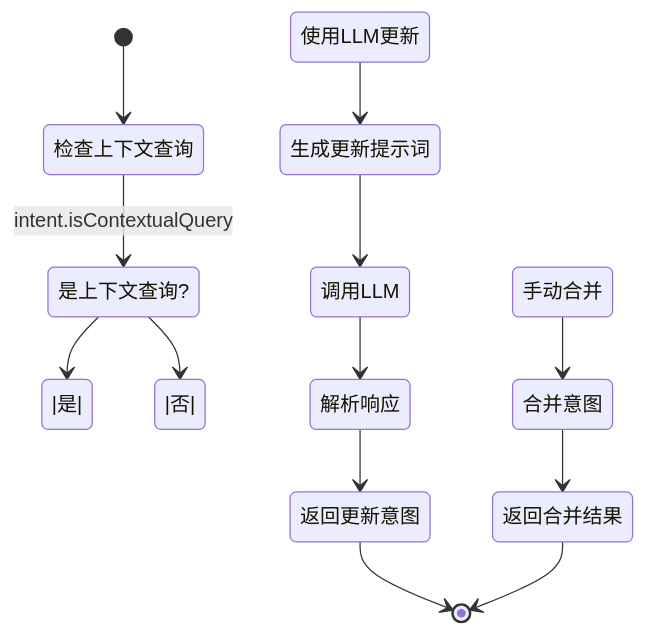
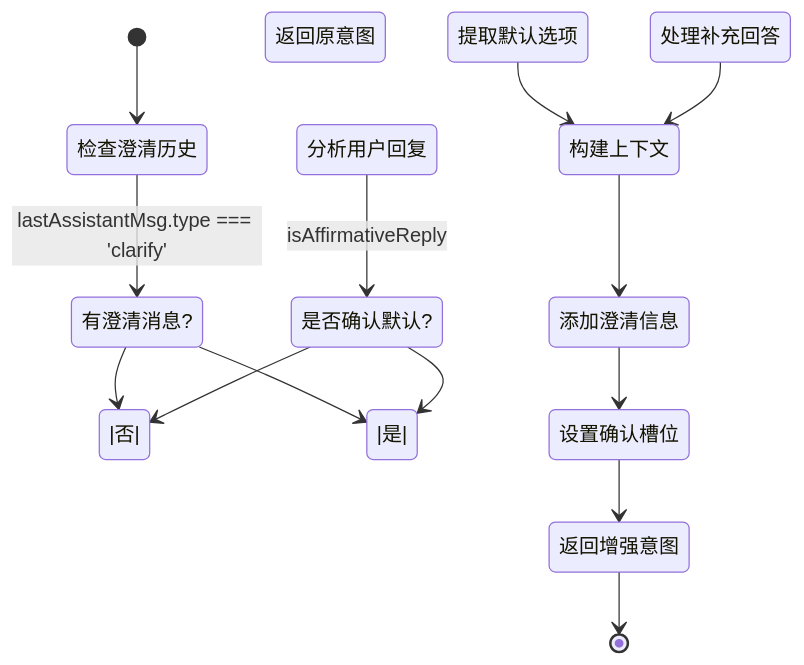
One commit to HanHuiOnLine/724-office changed the fifth of 18 diagrams in .qoder/repowiki/zh/content/核心模块详解/NL2SQL自然语言到SQL系统/NL2SQL自然语言到SQL系统.md. Above: the diagram before and after it, drawn with Mermaid. The commit also changed other lines of this file and 115 other files, not shown here.

````diff
--- a/.qoder/repowiki/zh/content/核心模块详解/NL2SQL自然语言到SQL系统/NL2SQL自然语言到SQL系统.md
+++ b/.qoder/repowiki/zh/content/核心模块详解/NL2SQL自然语言到SQL系统/NL2SQL自然语言到SQL系统.md
@@ -350,15 +372,16 @@
 ```mermaid
 stateDiagram-v2
-[*] --> 检查上下文查询
-检查上下文查询 --> 是上下文查询? : intent.isContextualQuery
-是上下文查询? --> |是| 使用LLM更新
-是上下文查询? --> |否| 手动合并
-使用LLM更新 --> 生成更新提示词
-生成更新提示词 --> 调用LLM
-调用LLM --> 解析响应
-解析响应 --> 返回更新意图
-手动合并 --> 合并意图
-合并意图 --> 返回合并结果
-返回更新意图 --> [*]
-返回合并结果 --> [*]
+[*] --> 检查澄清历史
+检查澄清历史 --> 有澄清消息? : lastAssistantMsg.type === 'clarify'
+有澄清消息? --> |否| 返回原意图
+有澄清消息? --> |是| 分析用户回复
+分析用户回复 --> 是否确认默认? : isAffirmativeReply
+是否确认默认? --> |是| 提取默认选项
+是否确认默认? --> |否| 处理补充回答
+提取默认选项 --> 构建上下文
+处理补充回答 --> 构建上下文
+构建上下文 --> 添加澄清信息
+添加澄清信息 --> 设置确认槽位
+设置确认槽位 --> 返回增强意图
+返回增强意图 --> [*]
 ```
````
